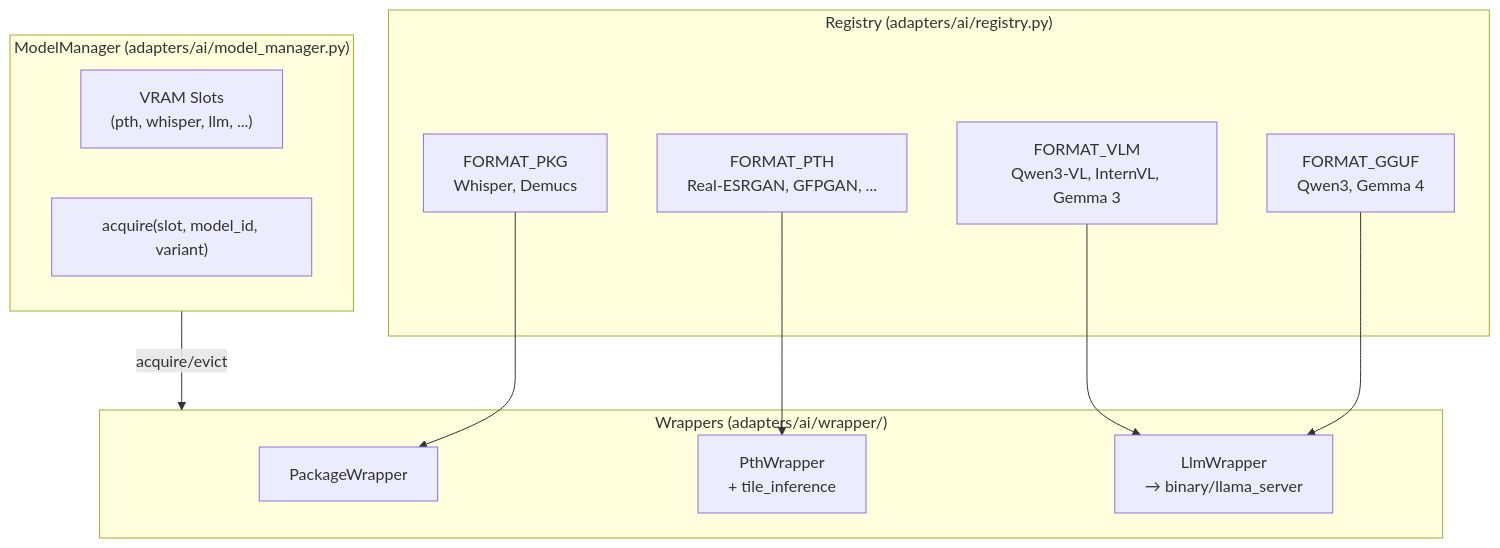
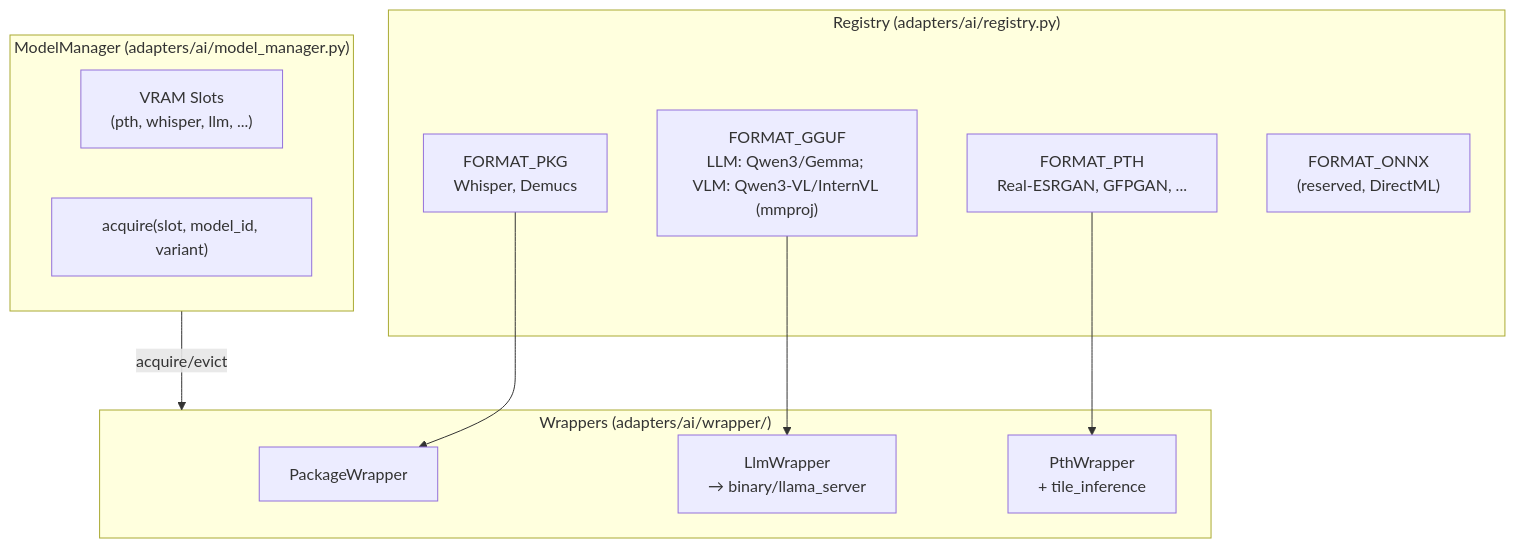
One commit to sw-willie-wu/MediaTranX changed the third of 5 diagrams in docs/ARCHITECTURE.md. Above: the diagram before and after it, drawn with Mermaid. The commit also changed other lines of this file and 6 other files, not shown here.

````diff
--- a/docs/ARCHITECTURE.md
+++ b/docs/ARCHITECTURE.md
@@ -116,26 +119,25 @@
 ```mermaid
 graph TB
     subgraph Registry["Registry (adapters/ai/registry.py)"]
         FORMAT_PKG["FORMAT_PKG<br/>Whisper, Demucs"]
-        FORMAT_GGUF["FORMAT_GGUF<br/>Qwen3, Gemma 4"]
+        FORMAT_GGUF["FORMAT_GGUF<br/>LLM: Qwen3/Gemma; VLM: Qwen3-VL/InternVL (mmproj)"]
         FORMAT_PTH["FORMAT_PTH<br/>Real-ESRGAN, GFPGAN, ..."]
-        FORMAT_VLM["FORMAT_VLM<br/>Qwen3-VL, InternVL, Gemma 3"]
+        FORMAT_ONNX["FORMAT_ONNX<br/>(reserved, DirectML)"]
     end
 
     subgraph Manager["ModelManager (adapters/ai/model_manager.py)"]
         Slots["VRAM Slots<br/>(pth, whisper, llm, ...)"]
         Acquire["acquire(slot, model_id, variant)"]
     end
 
     subgraph Wrappers["Wrappers (adapters/ai/wrapper/)"]
         PKG["PackageWrapper"]
         PTH["PthWrapper<br/>+ tile_inference"]
         LLM["LlmWrapper<br/>→ binary/llama_server"]
     end
 
     FORMAT_PKG --> PKG
     FORMAT_PTH --> PTH
     FORMAT_GGUF --> LLM
-    FORMAT_VLM --> LLM
     Manager -->|"acquire/evict"| Wrappers
 ```
````
